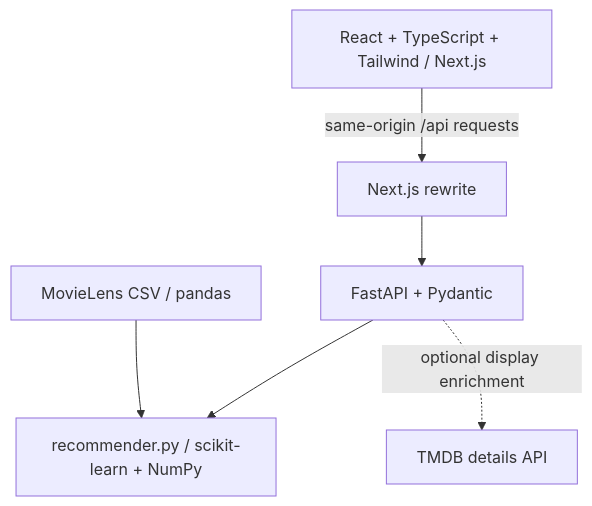
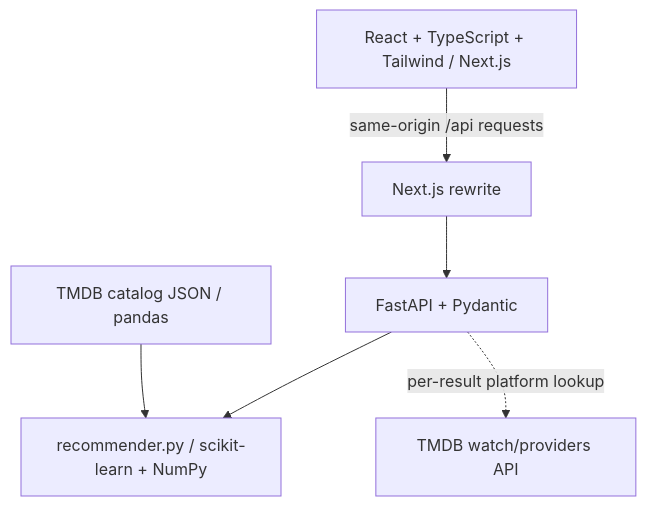
Before and after one commit to 404priyanshu/movie-recommendation-system: the second of 2 diagrams in README.md, drawn with Mermaid. The commit also changed other lines of this file and 14 other files, not shown here.

First line of the commit message:
Replace 2018 MovieLens/TVmaze catalog with a live TMDB pipeline

````diff
--- a/README.md
+++ b/README.md
@@ -68,8 +69,8 @@
 ```mermaid
 flowchart TB
   UI[React + TypeScript + Tailwind / Next.js] -->|same-origin /api requests| Proxy[Next.js rewrite]
   Proxy --> API[FastAPI + Pydantic]
   API --> ML[recommender.py / scikit-learn + NumPy]
-  CSV[MovieLens CSV / pandas] --> ML
-  API -. optional display enrichment .-> TMDB[TMDB details API]
+  JSON[TMDB catalog JSON / pandas] --> ML
+  API -. per-result platform lookup .-> TMDB[TMDB watch/providers API]
 ```
````
